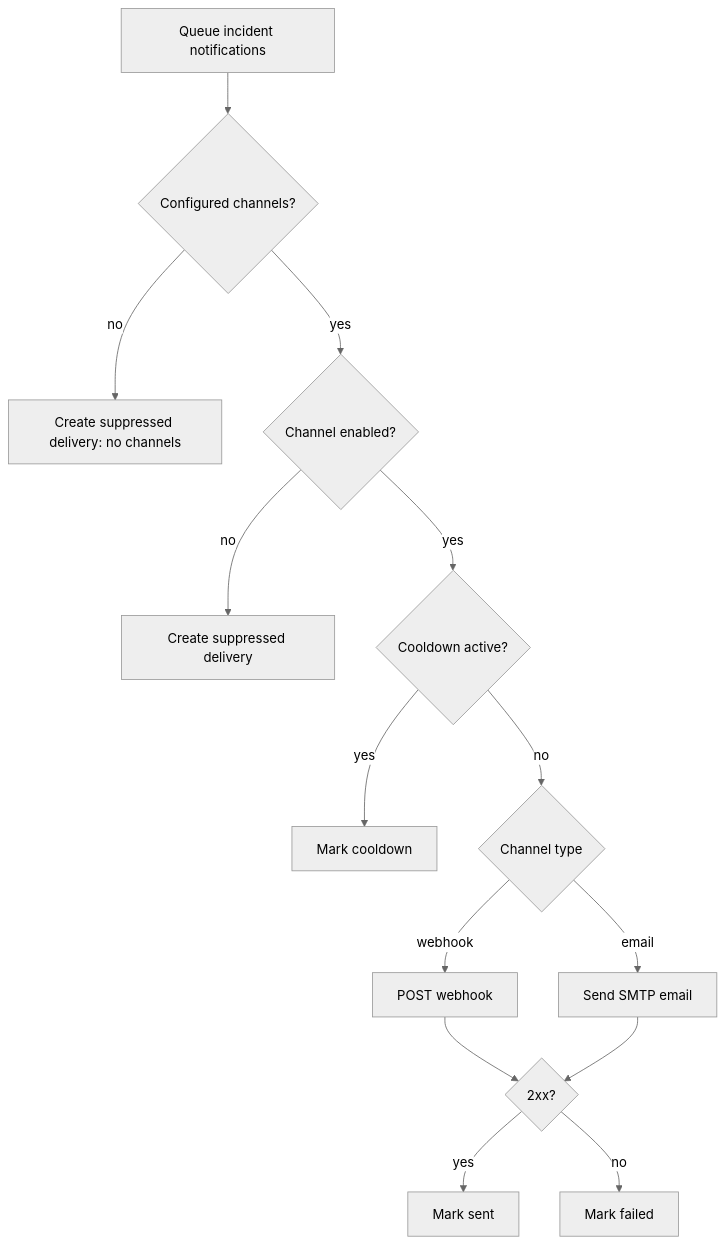
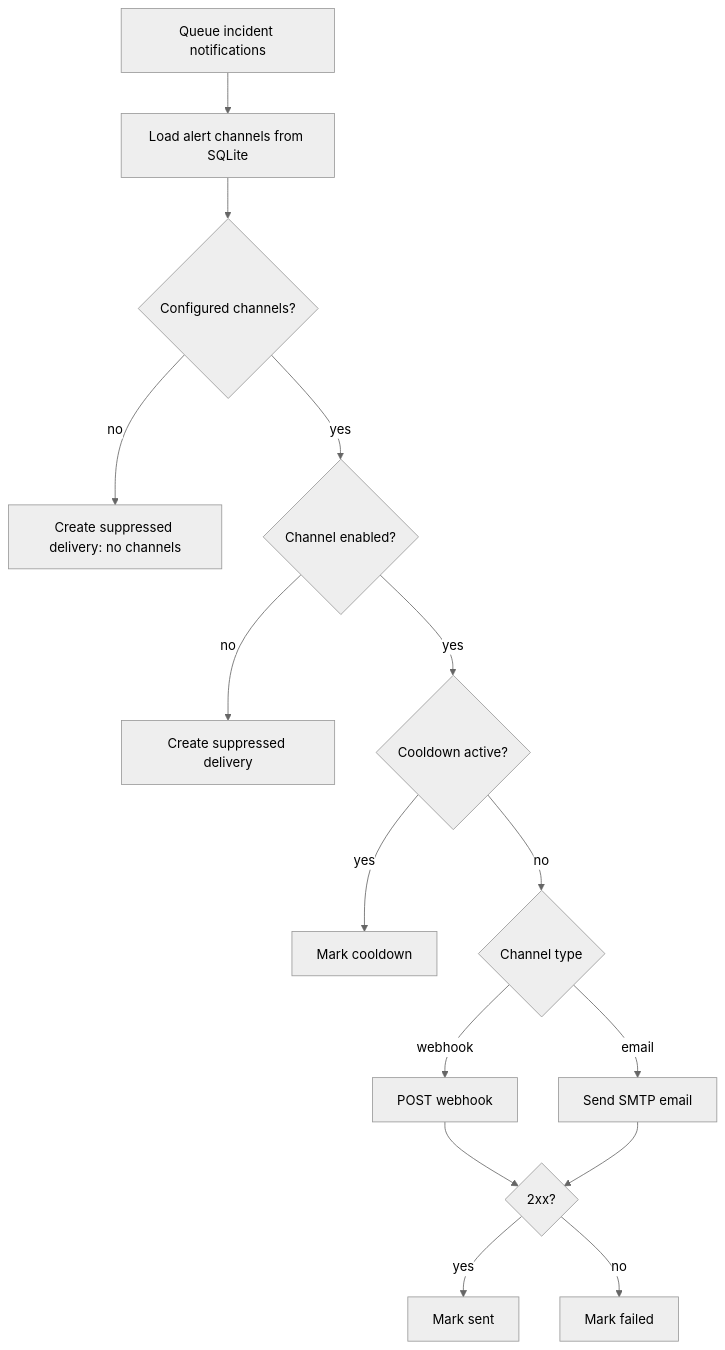
One commit to sunday-studio/orion changed the fourth of 4 diagrams in docs/architecture/core-features.md. Above: the diagram before and after it, drawn with Mermaid (neutral theme). The commit also changed other lines of this file and 17 other files, not shown here.

First line of the commit message:
feat(core): persist alert channels

````diff
--- a/docs/architecture/core-features.md
+++ b/docs/architecture/core-features.md
@@ -142,16 +142,17 @@
 ```mermaid
 flowchart TD
-  Queue["Queue incident notifications"] --> Channels{"Configured channels?"}
+  Queue["Queue incident notifications"] --> LoadChannels["Load alert channels from SQLite"]
+  LoadChannels --> Channels{"Configured channels?"}
   Channels -- "no" --> Suppressed["Create suppressed delivery: no channels"]
   Channels -- "yes" --> Enabled{"Channel enabled?"}
   Enabled -- "no" --> Disabled["Create suppressed delivery"]
   Enabled -- "yes" --> Cooldown{"Cooldown active?"}
   Cooldown -- "yes" --> CooldownDelivery["Mark cooldown"]
   Cooldown -- "no" --> Type{"Channel type"}
   Type -- "webhook" --> Webhook["POST webhook"]
   Type -- "email" --> Email["Send SMTP email"]
   Webhook --> Sent{"2xx?"}
   Email --> Sent
   Sent -- "yes" --> MarkSent["Mark sent"]
   Sent -- "no" --> MarkFailed["Mark failed"]
 ```
````
